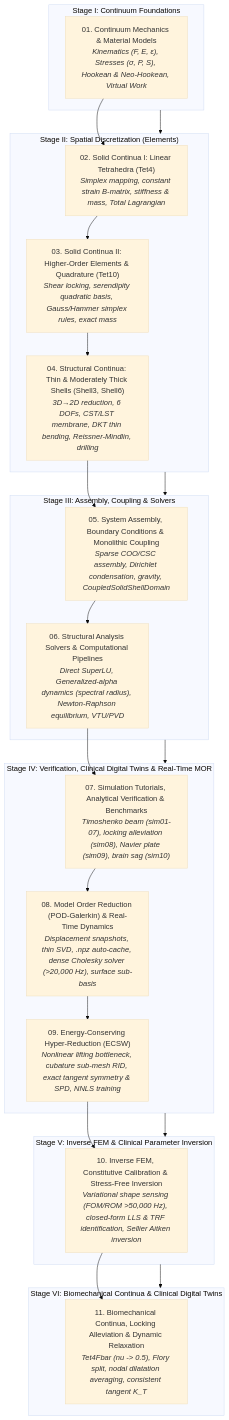
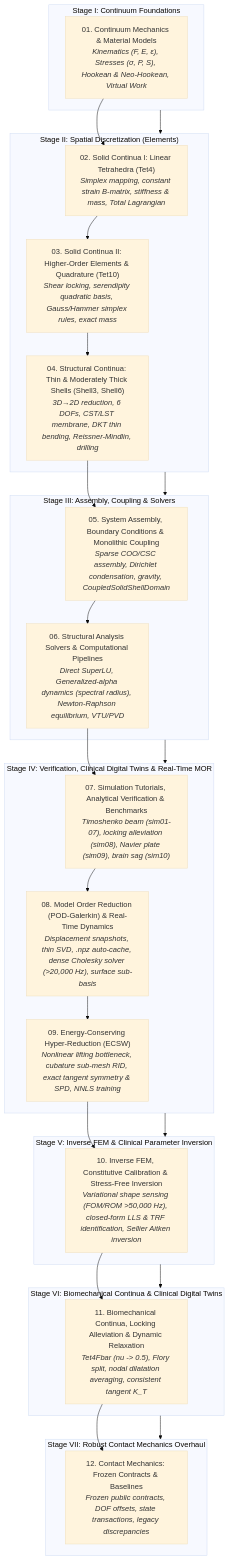
One commit to tanadul-s/psierra changed the diagram in docs/README.md. Above: the diagram before and after it, drawn with Mermaid (base theme). The commit also changed other lines of this file and 3 other files, not shown here.

````diff
--- a/docs/README.md
+++ b/docs/README.md
@@ -11,48 +11,54 @@
 ```mermaid
 flowchart TD
     subgraph Stage1["Stage I: Continuum Foundations"]
         D01["01. Continuum Mechanics & Material Models<br/><i>Kinematics (F, E, ε), Stresses (σ, P, S), Hookean & Neo-Hookean, Virtual Work</i>"]
     end
 
     subgraph Stage2["Stage II: Spatial Discretization (Elements)"]
         D02["02. Solid Continua I: Linear Tetrahedra (Tet4)<br/><i>Simplex mapping, constant strain B-matrix, stiffness & mass, Total Lagrangian</i>"]
         D03["03. Solid Continua II: Higher-Order Elements & Quadrature (Tet10)<br/><i>Shear locking, serendipity quadratic basis, Gauss/Hammer simplex rules, exact mass</i>"]
         D04["04. Structural Continua: Thin & Moderately Thick Shells (Shell3, Shell6)<br/><i>3D→2D reduction, 6 DOFs, CST/LST membrane, DKT thin bending, Reissner-Mindlin, drilling</i>"]
     end
 
     subgraph Stage3["Stage III: Assembly, Coupling & Solvers"]
         D05["05. System Assembly, Boundary Conditions & Monolithic Coupling<br/><i>Sparse COO/CSC assembly, Dirichlet condensation, gravity, CoupledSolidShellDomain</i>"]
         D06["06. Structural Analysis Solvers & Computational Pipelines<br/><i>Direct SuperLU, Generalized-alpha dynamics (spectral radius), Newton-Raphson equilibrium, VTU/PVD</i>"]
     end
 
     subgraph Stage4["Stage IV: Verification, Clinical Digital Twins & Real-Time MOR"]
         D07["07. Simulation Tutorials, Analytical Verification & Benchmarks<br/><i>Timoshenko beam (sim01-07), locking alleviation (sim08), Navier plate (sim09), brain sag (sim10)</i>"]
         D08["08. Model Order Reduction (POD-Galerkin) & Real-Time Dynamics<br/><i>Displacement snapshots, thin SVD, .npz auto-cache, dense Cholesky solver (>20,000 Hz), surface sub-basis</i>"]
         D09["09. Energy-Conserving Hyper-Reduction (ECSW)<br/><i>Nonlinear lifting bottleneck, cubature sub-mesh RID, exact tangent symmetry & SPD, NNLS training</i>"]
     end
 
     subgraph Stage5["Stage V: Inverse FEM & Clinical Parameter Inversion"]
         D10["10. Inverse FEM, Constitutive Calibration & Stress-Free Inversion<br/><i>Variational shape sensing (FOM/ROM >50,000 Hz), closed-form LLS & TRF identification, Sellier Aitken inversion</i>"]
     end
 
     subgraph Stage6["Stage VI: Biomechanical Continua & Clinical Digital Twins"]
         D11["11. Biomechanical Continua, Locking Alleviation & Dynamic Relaxation<br/><i>Tet4Fbar (nu -> 0.5), Flory split, nodal dilatation averaging, consistent tangent K_T</i>"]
     end
 
+    subgraph Stage7["Stage VII: Robust Contact Mechanics Overhaul"]
+        D12["12. Contact Mechanics: Frozen Contracts & Baselines<br/><i>Frozen public contracts, DOF offsets, state transactions, legacy discrepancies</i>"]
+    end
+
     Stage1 --> Stage2
     Stage2 --> Stage3
     Stage3 --> Stage4
     Stage4 --> Stage5
     Stage5 --> Stage6
+    Stage6 --> Stage7
 
     D01 --> D02
     D02 --> D03
     D03 --> D04
     D04 --> D05
     D05 --> D06
     D06 --> D07
     D07 --> D08
     D08 --> D09
     D09 --> D10
     D10 --> D11
+    D11 --> D12
 ```
````
